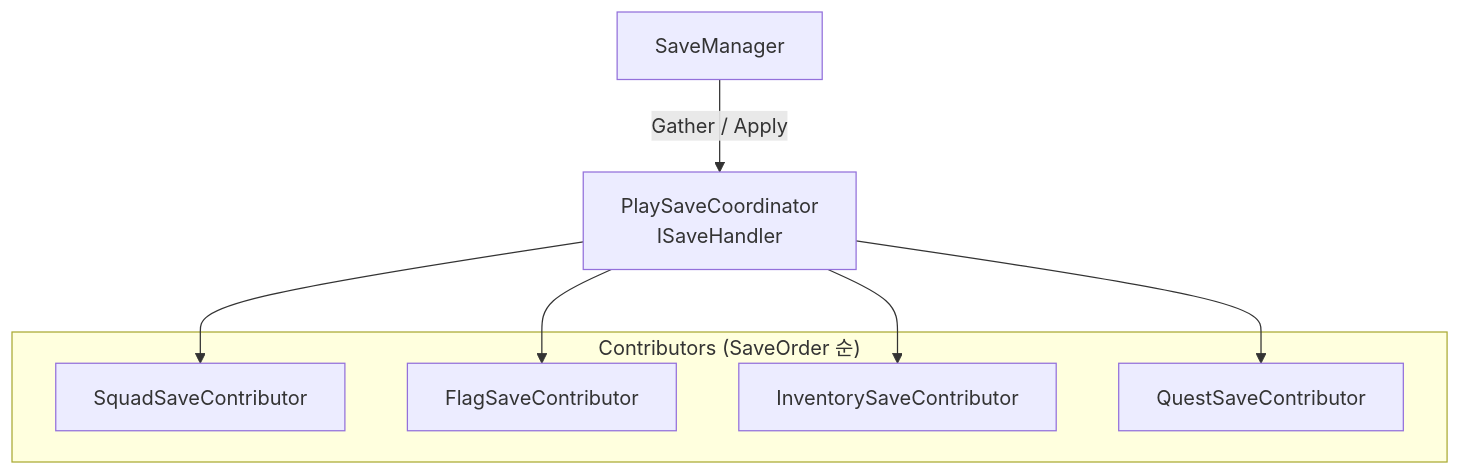
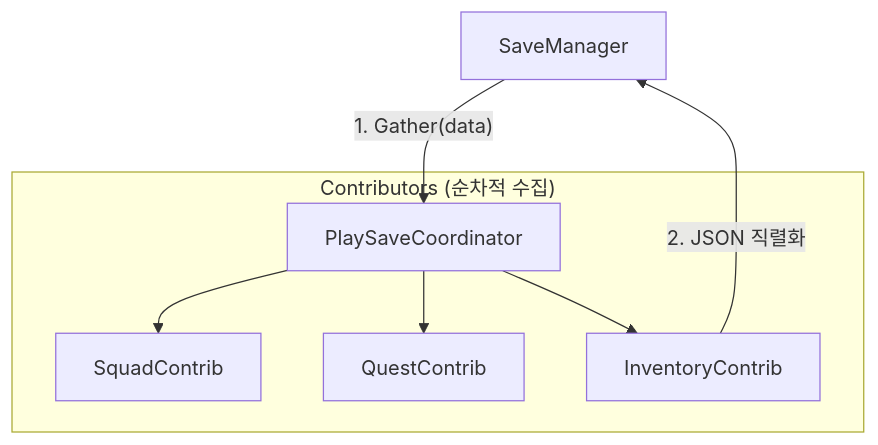
One commit to ProgramingLanguageStudy/Project-Starfall changed the sixth of 8 diagrams in README.md. Above: the diagram before and after it, drawn with Mermaid. The commit also changed other lines of this file, not shown here.

````diff
--- a/README.md
+++ b/README.md
@@ -431,18 +262,10 @@
 ```mermaid
 flowchart TB
-    SaveManager["SaveManager"]
-    PSC["PlaySaveCoordinator<br/>ISaveHandler"]
-
-    subgraph Contrib["Contributors (SaveOrder 순)"]
-        Squad["SquadSaveContributor"]
-        Flag["FlagSaveContributor"]
-        Inv["InventorySaveContributor"]
-        Quest["QuestSaveContributor"]
+    SaveManager["SaveManager"] -->|"1. Gather(data)"| PSC["PlaySaveCoordinator"]
+    subgraph "Contributors (순차적 수집)"
+        PSC --> C1["SquadContrib"]
+        PSC --> C2["QuestContrib"]
+        PSC --> C3["InventoryContrib"]
     end
-
-    SaveManager -->|"Gather / Apply"| PSC
-    PSC --> Squad
-    PSC --> Flag
-    PSC --> Inv
-    PSC --> Quest
+    C3 -->|"2. JSON 직렬화"| SaveManager
 ```
````
